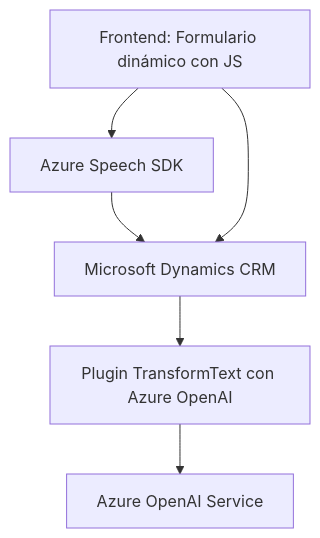
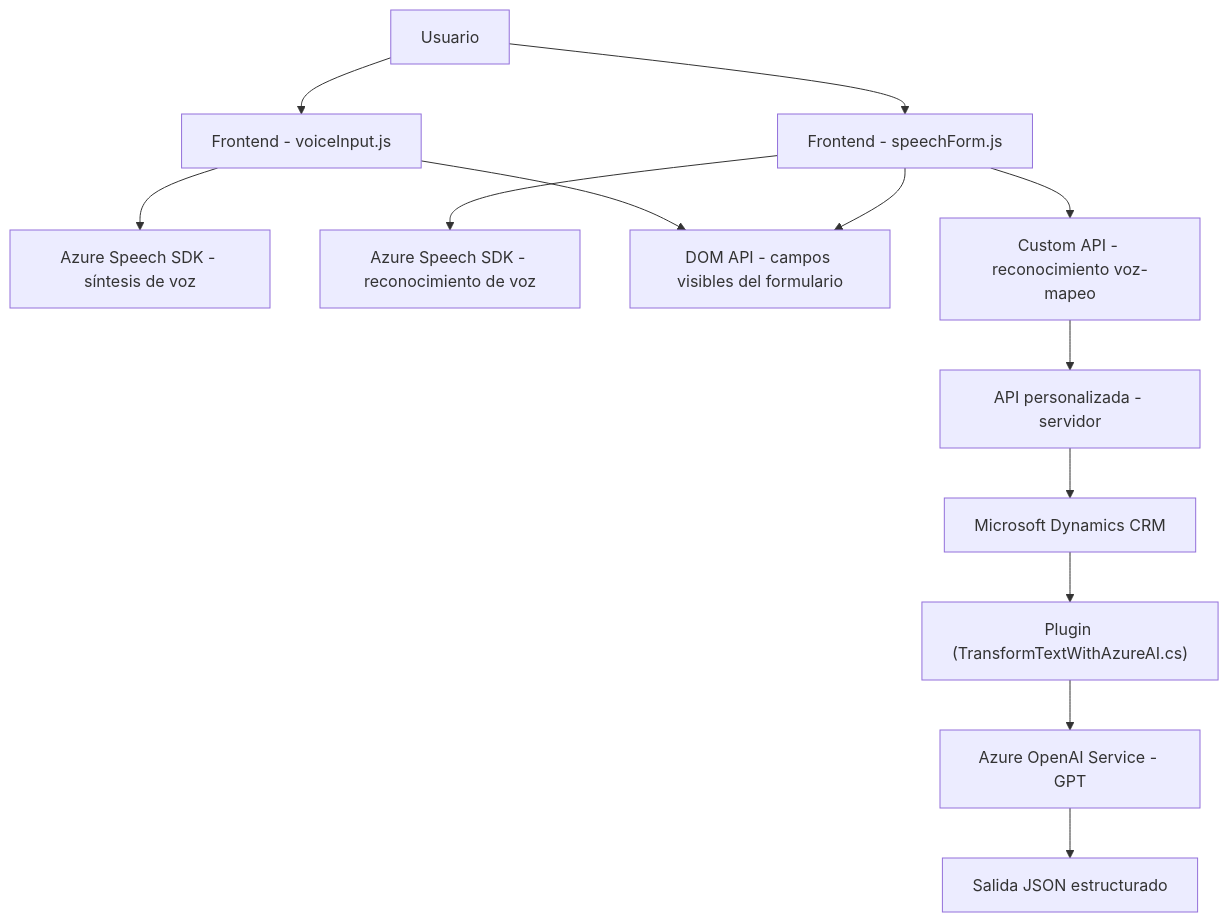
Before and after one commit to blopezdm/NETCORE_BILBAO2025: the diagram in README.md, drawn with Mermaid. The commit also changed other lines of this file, not shown here.

Commit message:
Actualizar análisis global de la solución con IA

````diff
--- a/README.md
+++ b/README.md
@@ -41,14 +42,16 @@
 ```mermaid
 graph TD
-    A["Frontend: Formulario dinámico con JS"]
-    B["Azure Speech SDK"]
-    C["Plugin TransformText con Azure OpenAI"]
-    D["Microsoft Dynamics CRM"]
-    E["Azure OpenAI Service"]
+    A["Usuario"] --> B["Frontend - voiceInput.js"]
+    A --> C["Frontend - speechForm.js"]
+    B --> D["Azure Speech SDK - síntesis de voz"]
+    C --> E["Azure Speech SDK - reconocimiento de voz"]
+    B --> F["DOM API - campos visibles del formulario"]
+    C --> F
+    C --> G["Custom API - reconocimiento voz-mapeo"]
+    G --> H["API personalizada - servidor"]
+    H --> I["Microsoft Dynamics CRM"]
 
-    A --> B
-    B --> D
-    A --> D
-    D --> C
-    C --> E
+    I --> J["Plugin (TransformTextWithAzureAI.cs)"]
+    J --> K["Azure OpenAI Service - GPT"]
+    K --> L["Salida JSON estructurado"]
 ```
````
